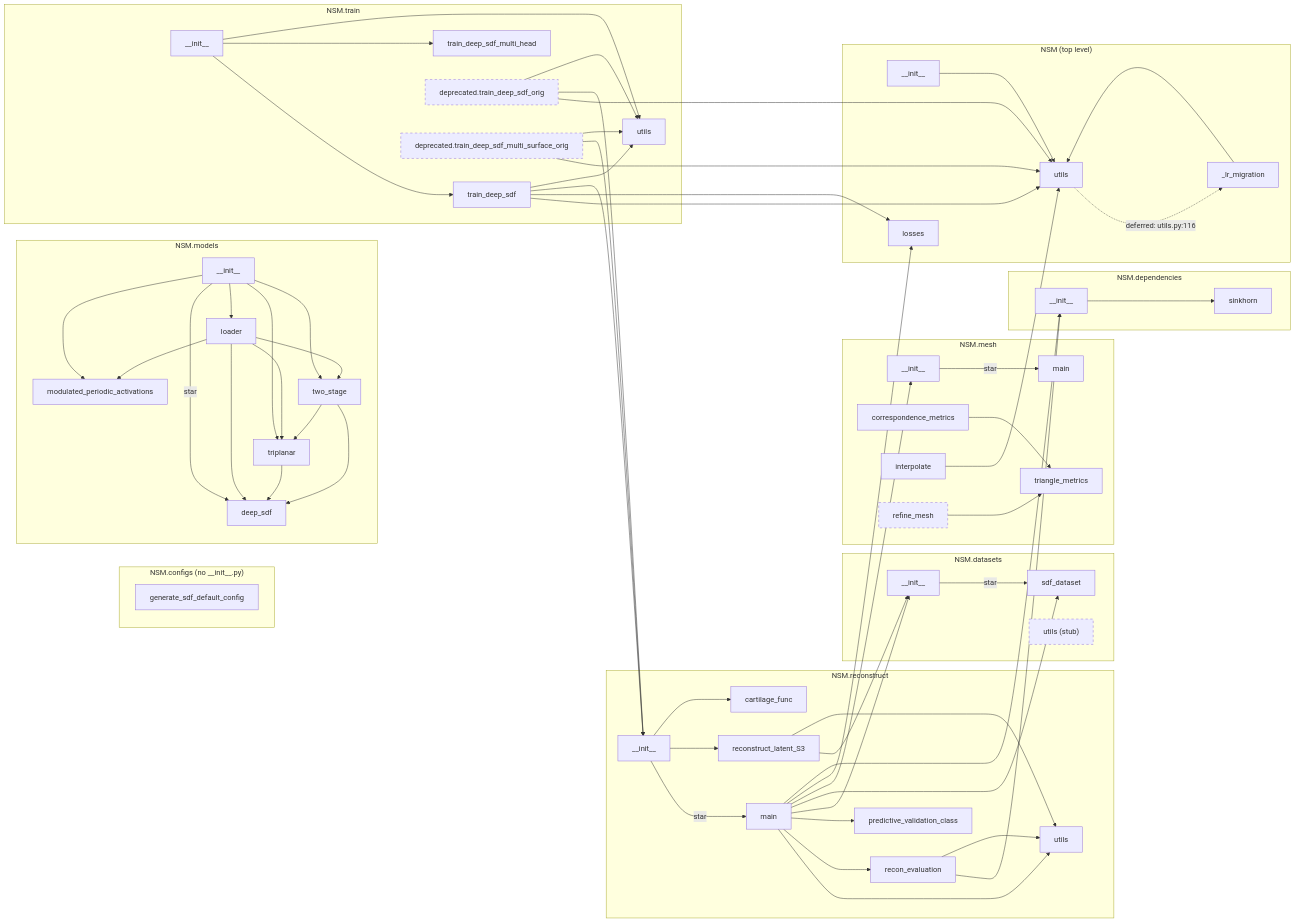
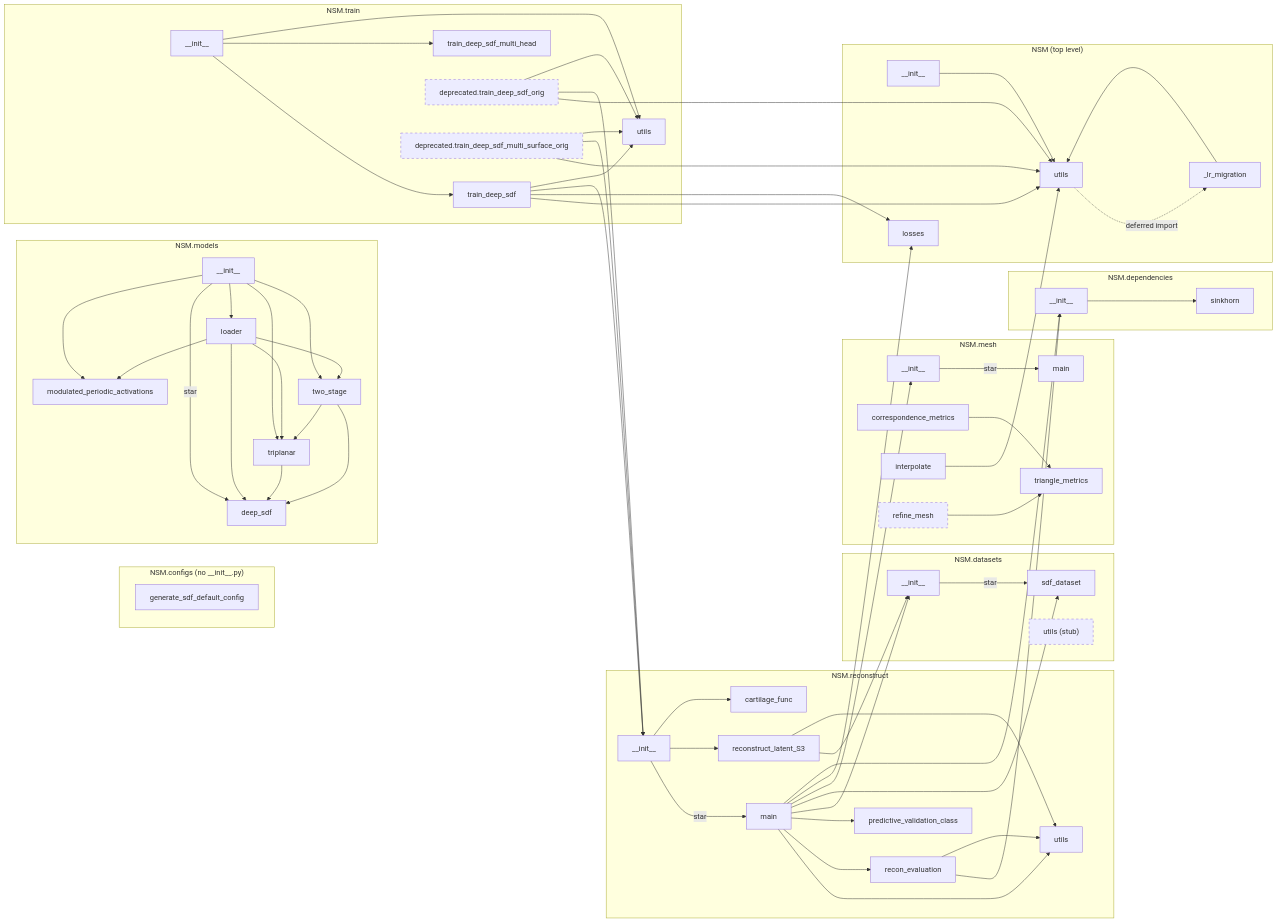
One commit to gattia/nsm changed the diagram in docs/ARCHITECTURE.md. Above: the diagram before and after it, drawn with Mermaid. The commit also changed other lines of this file and 3 other files, not shown here.

```diff
--- a/docs/ARCHITECTURE.md
+++ b/docs/ARCHITECTURE.md
@@ -108,7 +108,7 @@
 
   NSMpkg --> Uutils
   Ulrmig --> Uutils
-  Uutils -.->|"deferred: utils.py:116"| Ulrmig
+  Uutils -.->|"deferred import"| Ulrmig
 
   DSpkg -->|star| DSsdf
   DPpkg --> DPsink
```
